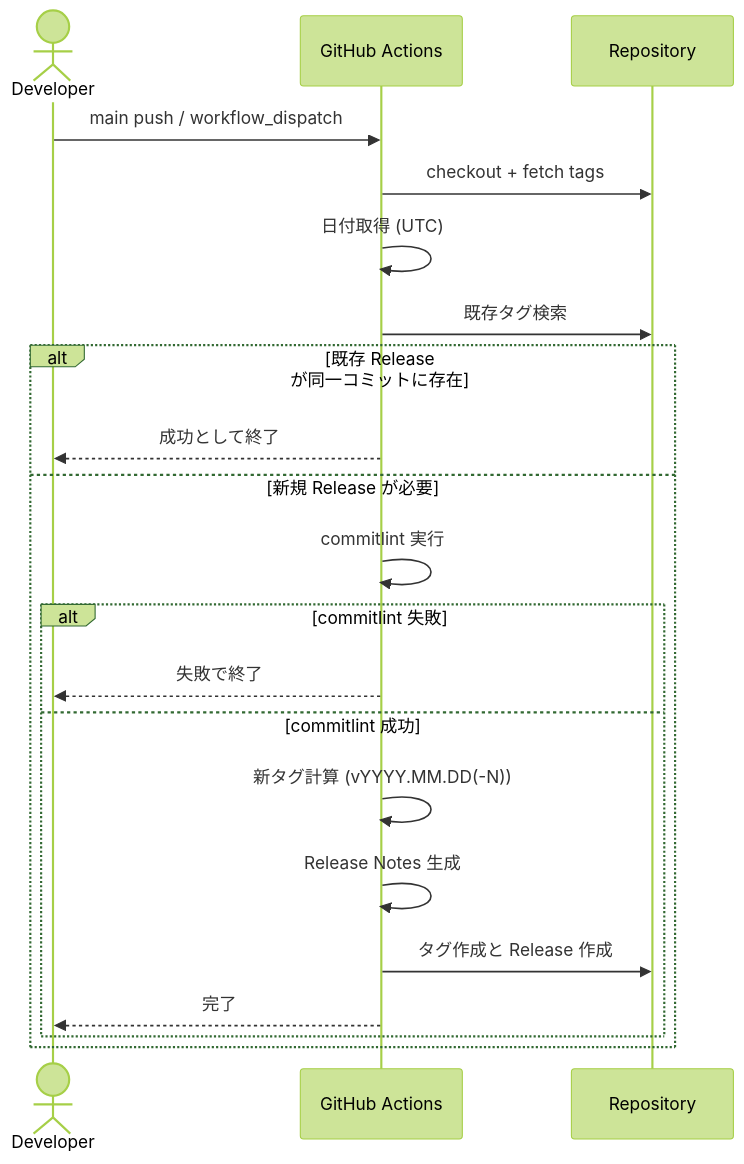
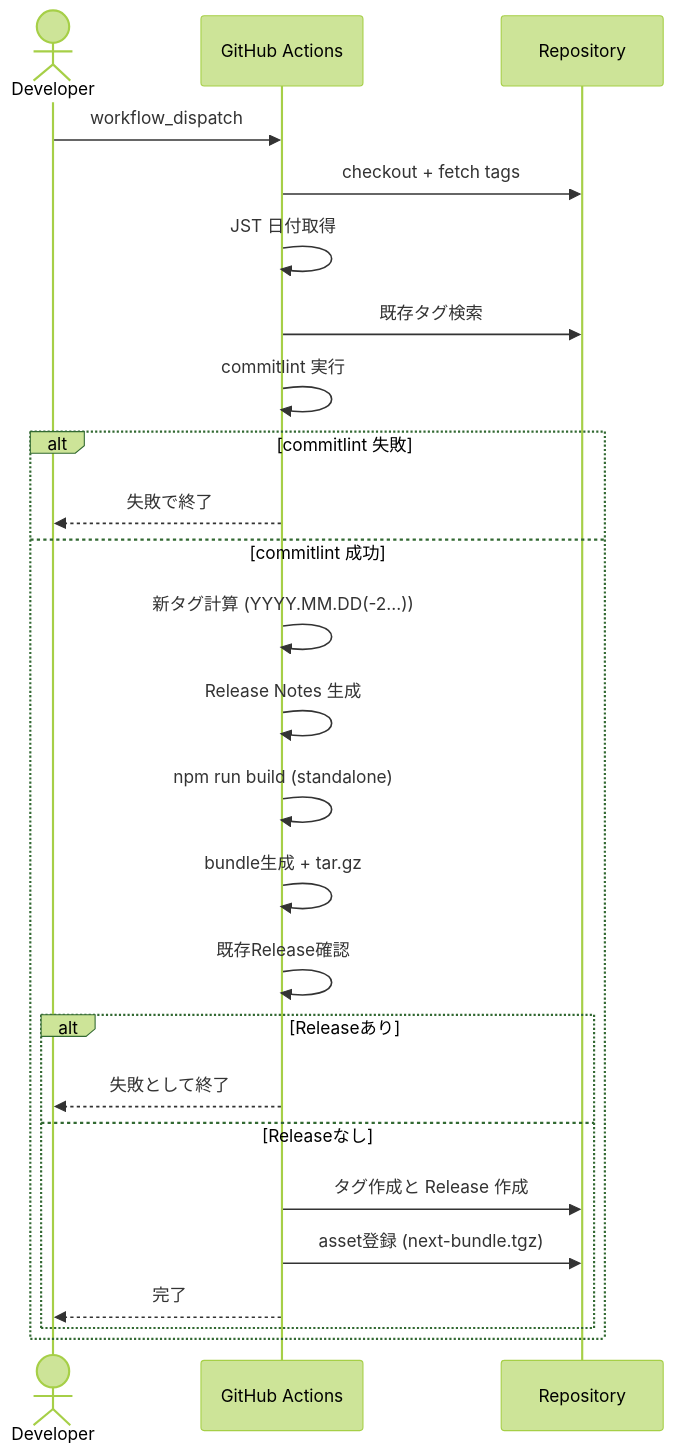
Before and after one commit to LevelCapTech/Agile-PMBOK-Assist: the first of 2 diagrams in .github/copilot/plans/47_github-release-management-implementation-plan.md, drawn with Mermaid (forest theme). The commit also changed other lines of this file, not shown here.

````diff
--- a/.github/copilot/plans/47_github-release-management-implementation-plan.md
+++ b/.github/copilot/plans/47_github-release-management-implementation-plan.md
@@ -125,24 +129,28 @@
 ```mermaid
 sequenceDiagram
   actor Dev as Developer
   participant GH as GitHub Actions
   participant Repo as Repository
 
-  Dev->>GH: main push / workflow_dispatch
+  Dev->>GH: workflow_dispatch
   GH->>Repo: checkout + fetch tags
-  GH->>GH: 日付取得 (UTC)
+  GH->>GH: JST 日付取得
   GH->>Repo: 既存タグ検索
-  alt 既存 Release が同一コミットに存在
-    GH-->>Dev: 成功として終了
-  else 新規 Release が必要
-    GH->>GH: commitlint 実行
-    alt commitlint 失敗
-      GH-->>Dev: 失敗で終了
-    else commitlint 成功
-      GH->>GH: 新タグ計算 (vYYYY.MM.DD(-N))
-      GH->>GH: Release Notes 生成
+  GH->>GH: commitlint 実行
+  alt commitlint 失敗
+    GH-->>Dev: 失敗で終了
+  else commitlint 成功
+    GH->>GH: 新タグ計算 (YYYY.MM.DD(-2...))
+    GH->>GH: Release Notes 生成
+    GH->>GH: npm run build (standalone)
+    GH->>GH: bundle生成 + tar.gz
+    GH->>GH: 既存Release確認
+    alt Releaseあり
+      GH-->>Dev: 失敗として終了
+    else Releaseなし
       GH->>Repo: タグ作成と Release 作成
+      GH->>Repo: asset登録 (next-bundle.tgz)
       GH-->>Dev: 完了
     end
   end
 ```
````
